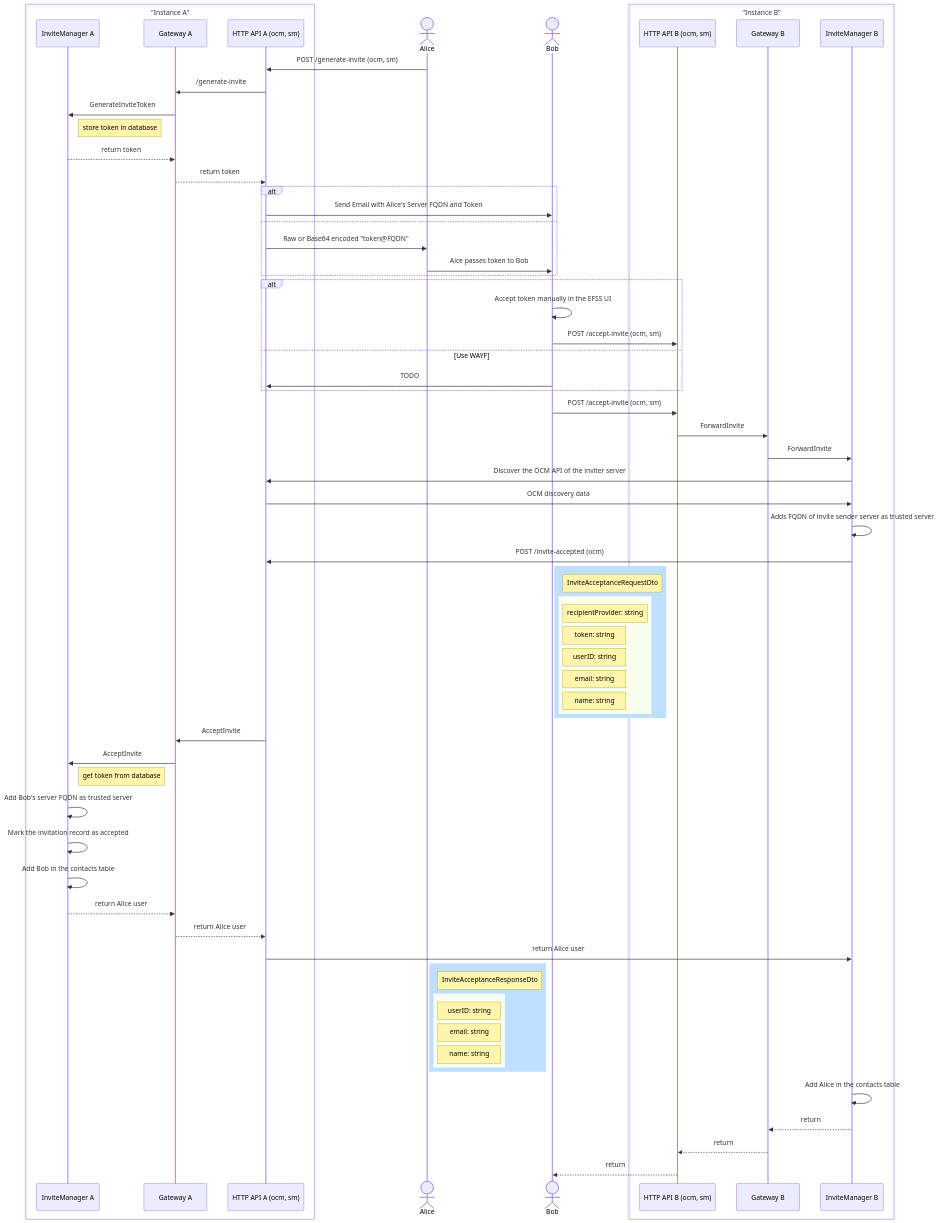
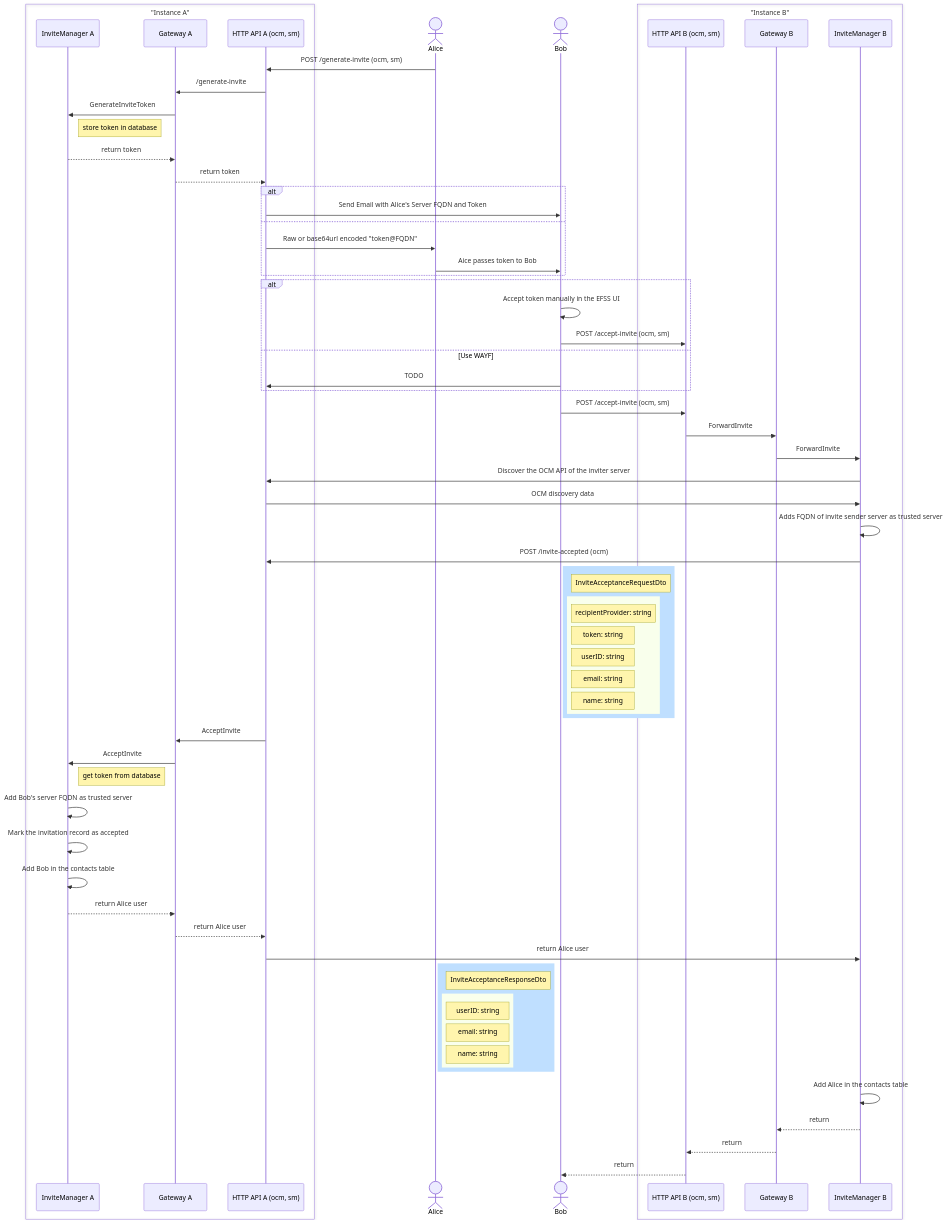
One commit to cs3org/OCM-API changed the diagram in diagrams/invitation-flow.md. Above: the diagram before and after it, drawn with Mermaid. The commit also changed 2 other files, not shown here.

Commit message:
OCM/OCM-MLS: Standardize on base64url (#383)

```diff
--- a/diagrams/invitation-flow.md
+++ b/diagrams/invitation-flow.md
@@ -31,7 +31,7 @@
     alt
         HTTPA ->> UserB: Send Email with Alice's Server FQDN and Token
     else
-        HTTPA ->> UserA: Raw or Base64 encoded "token@FQDN"
+        HTTPA ->> UserA: Raw or base64url encoded "token@FQDN"
         UserA ->> UserB: Aice passes token to Bob
     end
 
```
